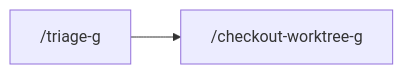
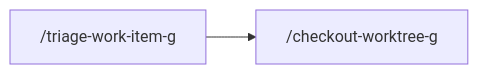
Diagram 11 of 19 in home/file/agents/skills/knowledge/workflow-catalog-g/SKILL.md (SRachamim/etc-nixos), drawn with Mermaid before and after one commit. The commit also changed other lines of this file and 5 other files, not shown here.

First line of the commit message:
Rename triage-g to triage-work-item-g

````diff
--- a/home/file/agents/skills/knowledge/workflow-catalog-g/SKILL.md
+++ b/home/file/agents/skills/knowledge/workflow-catalog-g/SKILL.md
@@ -221,4 +221,4 @@
 ```mermaid
 flowchart LR
-  A["/triage-g"] --> B["/checkout-worktree-g"]
+  A["/triage-work-item-g"] --> B["/checkout-worktree-g"]
 ```
````
